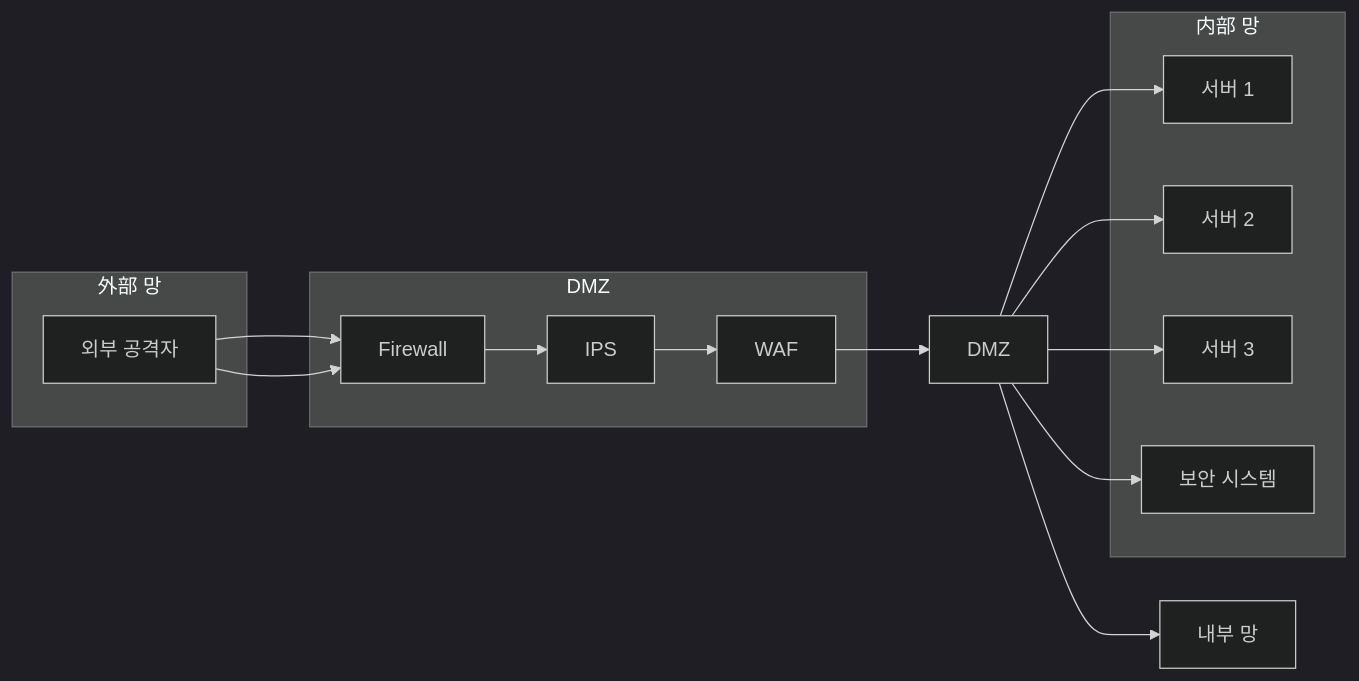
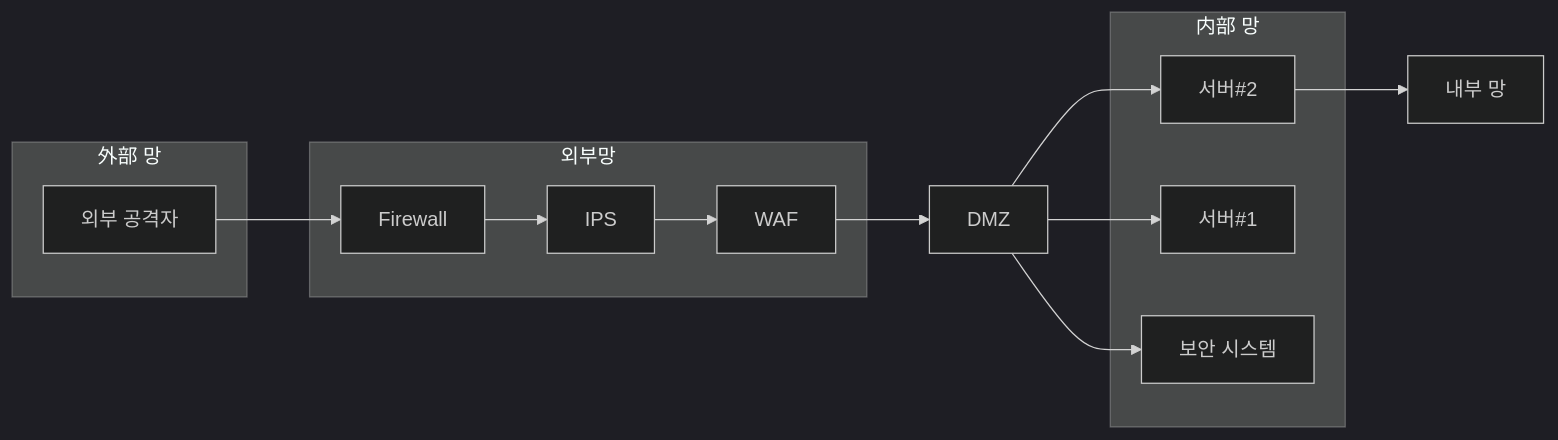
Before and after one commit to qubitsec/plura: the diagram in philosophy/ko/why-PLURA-XDR.md, drawn with Mermaid (dark theme).

````diff
--- a/philosophy/ko/why-PLURA-XDR.md
+++ b/philosophy/ko/why-PLURA-XDR.md
@@ -23,31 +23,28 @@
 ```mermaid
 flowchart LR
     외부공격자[외부 공격자] -->Firewall
-    외부공격자 -->Firewall
     Firewall --> IPS
     IPS --> WAF
     WAF --> DMZ[DMZ]
-    DMZ --> 내부망[내부 망]
+    내부서버2 --> 내부망[내부 망]
     
-    subgraph 외부망[外部 망]
+    subgraph 공격자[外部 망]
         외부공격자
     end
     
-    subgraph DMZ구역[DMZ]
+    subgraph 외부망[외부망]
         Firewall
         IPS
         WAF
     end
     
     subgraph 내부망구역[内部 망]
-        내부서버1[서버 1]
-        내부서버2[서버 2]
-        내부서버3[서버 3]
+        내부서버1[서버#1]
+        내부서버2[서버#2]
         내부보안[보안 시스템]
     end
     
     DMZ --> 내부서버1
     DMZ --> 내부서버2
-    DMZ --> 내부서버3
     DMZ --> 내부보안
 ```
````
